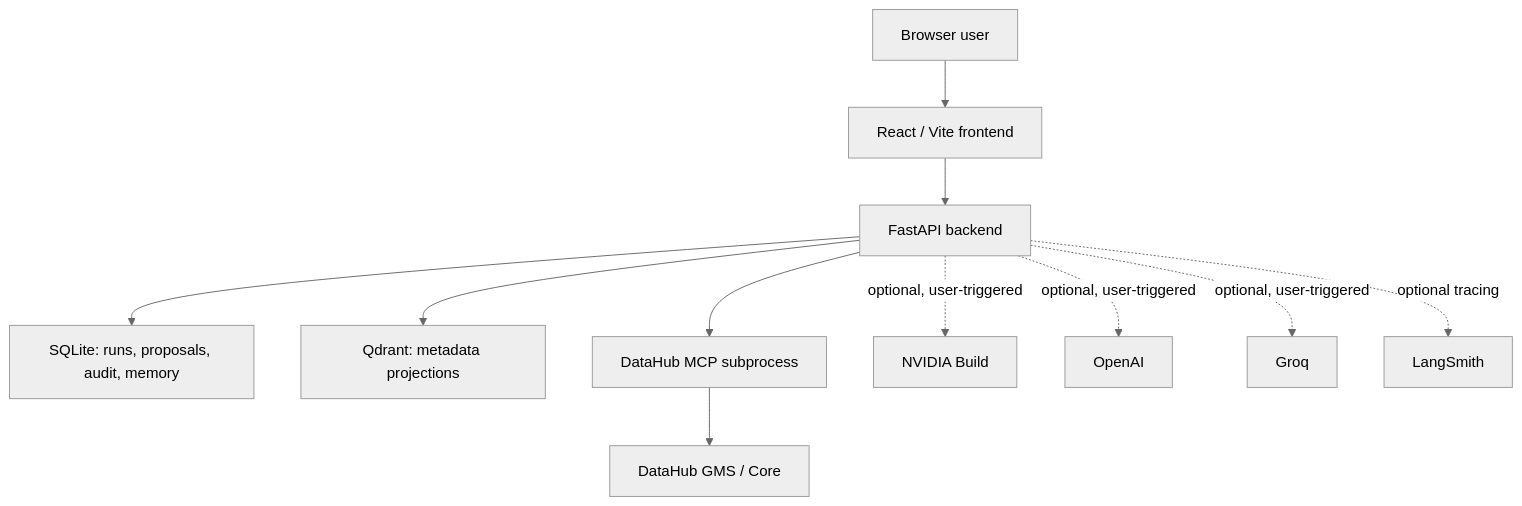
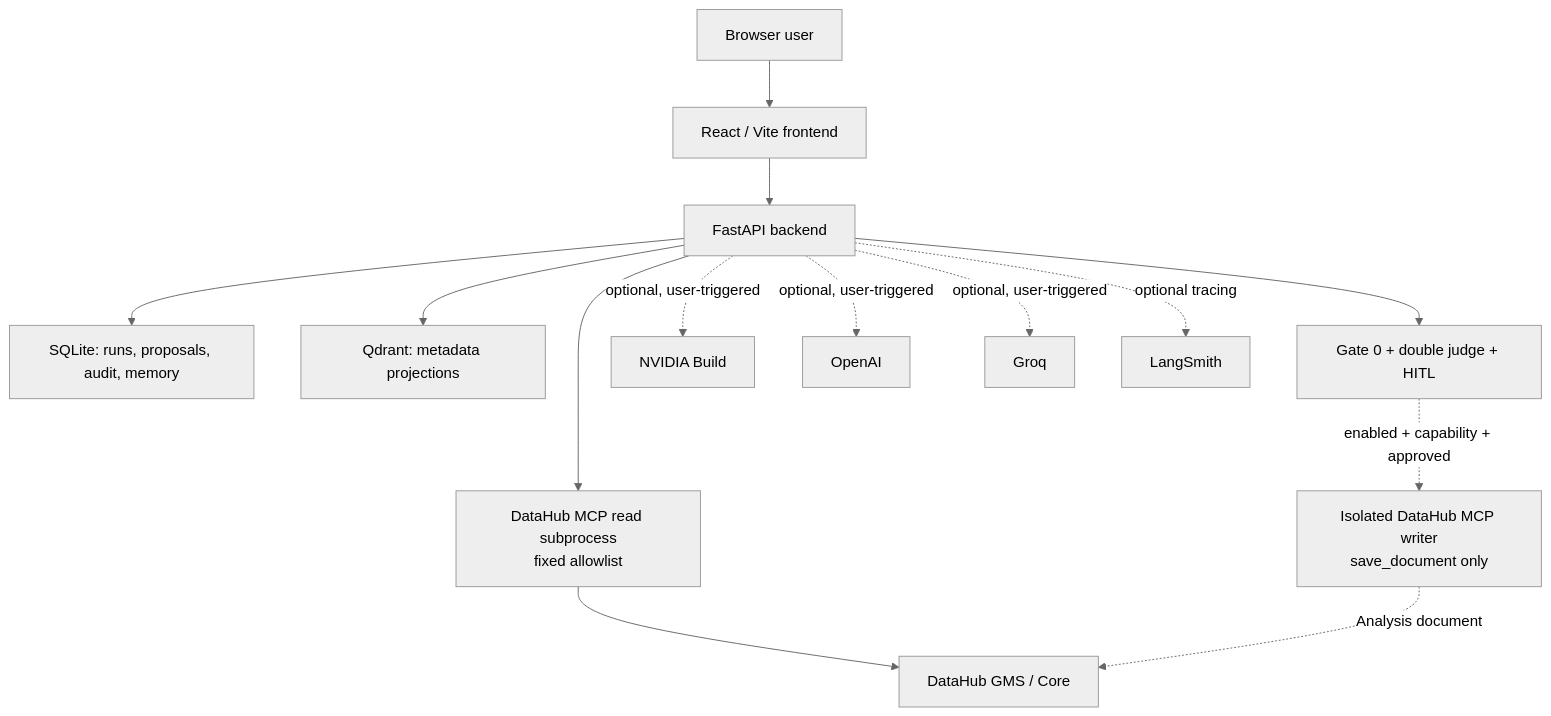
One commit to omarfh111/LineageGuard-AI changed the first of 5 diagrams in docs/architecture.md. Above: the diagram before and after it, drawn with Mermaid (neutral theme). The commit also changed other lines of this file and 20 other files, not shown here.

````diff
--- a/docs/architecture.md
+++ b/docs/architecture.md
@@ -7,13 +7,16 @@
 ```mermaid
 flowchart TB
     Browser["Browser user"] --> Web["React / Vite frontend"]
     Web --> API["FastAPI backend"]
     API --> SQLite["SQLite: runs, proposals, audit, memory"]
     API --> Qdrant["Qdrant: metadata projections"]
-    API --> MCP["DataHub MCP subprocess"]
-    MCP --> GMS["DataHub GMS / Core"]
+    API --> ReadMCP["DataHub MCP read subprocess<br/>fixed allowlist"]
+    ReadMCP --> GMS["DataHub GMS / Core"]
+    API --> Gates["Gate 0 + double judge + HITL"]
+    Gates -. "enabled + capability + approved" .-> WriteMCP["Isolated DataHub MCP writer<br/>save_document only"]
+    WriteMCP -. "Analysis document" .-> GMS
     API -. "optional, user-triggered" .-> Nvidia["NVIDIA Build"]
     API -. "optional, user-triggered" .-> OpenAI["OpenAI"]
     API -. "optional, user-triggered" .-> Groq["Groq"]
     API -. "optional tracing" .-> LangSmith["LangSmith"]
 ```
````
